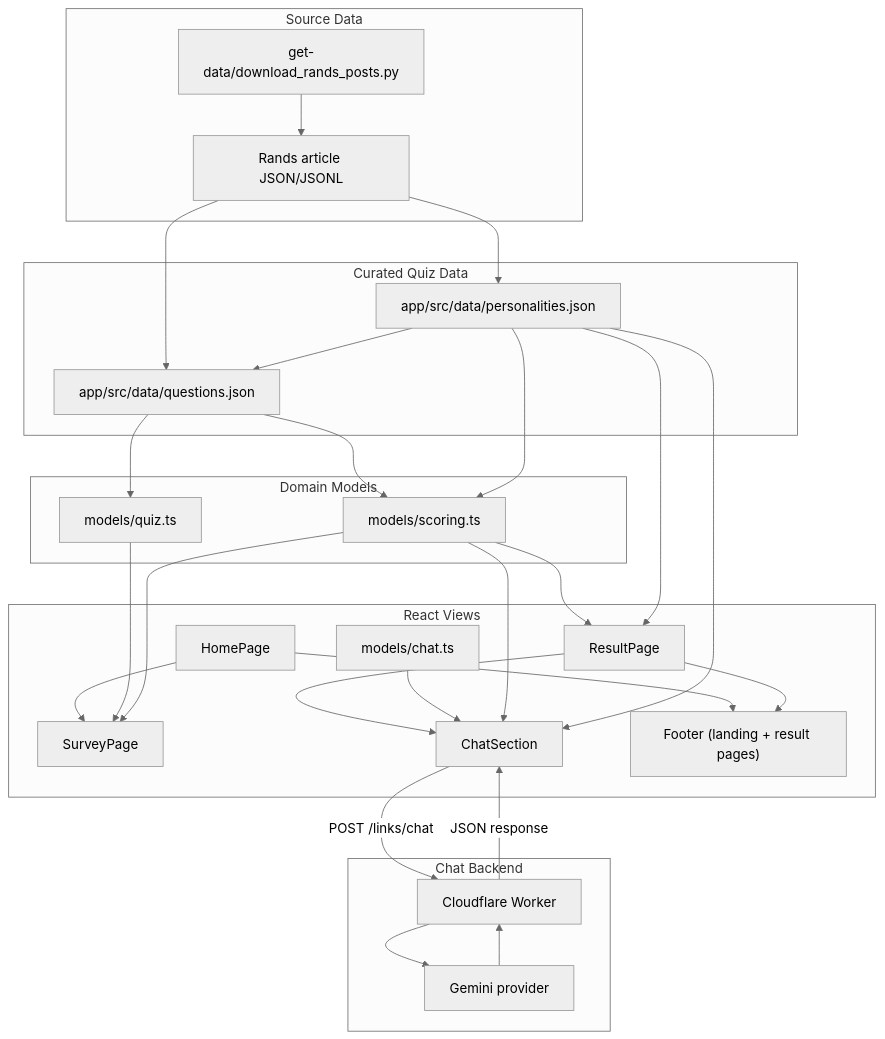
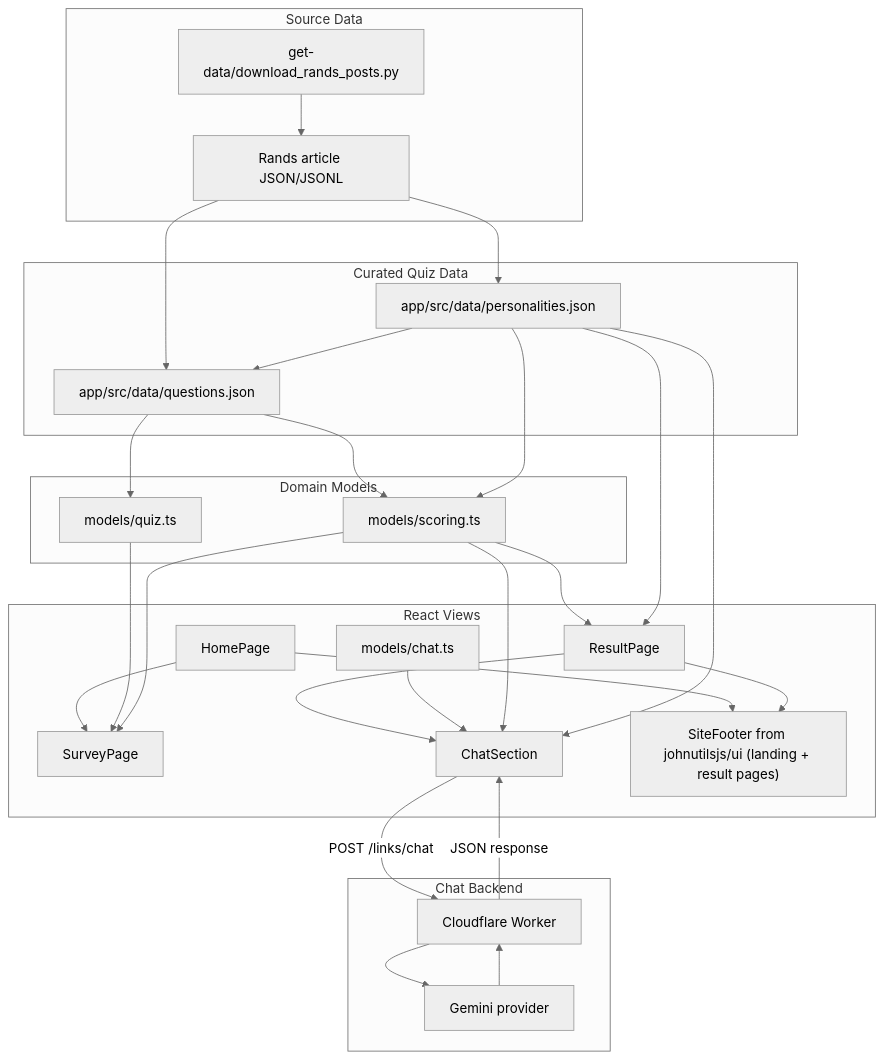
Before and after one commit to johnpfeiffer/rands-personality-game: the first of 3 diagrams in architecture.md, drawn with Mermaid (neutral theme). The commit also changed other lines of this file and 6 other files, not shown here.

First line of the commit message:
feat: adopt shared SiteFooter from johnutilsjs/ui

````diff
--- a/architecture.md
+++ b/architecture.md
@@ -8,39 +8,39 @@
 ```mermaid
 flowchart TD
     subgraph Source["Source Data"]
         Downloader["get-data/download_rands_posts.py"] --> Articles["Rands article JSON/JSONL"]
     end
 
     subgraph Data["Curated Quiz Data"]
         Articles --> Personalities["app/src/data/personalities.json"]
         Articles --> Questions["app/src/data/questions.json"]
         Personalities --> Questions
     end
 
     subgraph Models["Domain Models"]
         Questions --> QuizModel["models/quiz.ts"]
         Questions --> ScoringModel["models/scoring.ts"]
         Personalities --> ScoringModel
     end
 
     subgraph Views["React Views"]
         Home["HomePage"] --> Survey["SurveyPage"]
         QuizModel --> Survey
         ScoringModel --> Survey
         ScoringModel --> Result["ResultPage"]
         Personalities --> Result
         Result --> Chat["ChatSection"]
         ChatModel["models/chat.ts"] --> Chat
         ScoringModel --> Chat
         Personalities --> Chat
-        Home --> FooterComp["Footer (landing + result pages)"]
+        Home --> FooterComp["SiteFooter from johnutilsjs/ui (landing + result pages)"]
         Result --> FooterComp
     end
 
     subgraph ChatBackend["Chat Backend"]
         Chat -->|POST /links/chat| Worker["Cloudflare Worker"]
         Worker --> Provider["Gemini provider"]
         Provider --> Worker
         Worker -->|JSON response| Chat
     end
 ```
````
